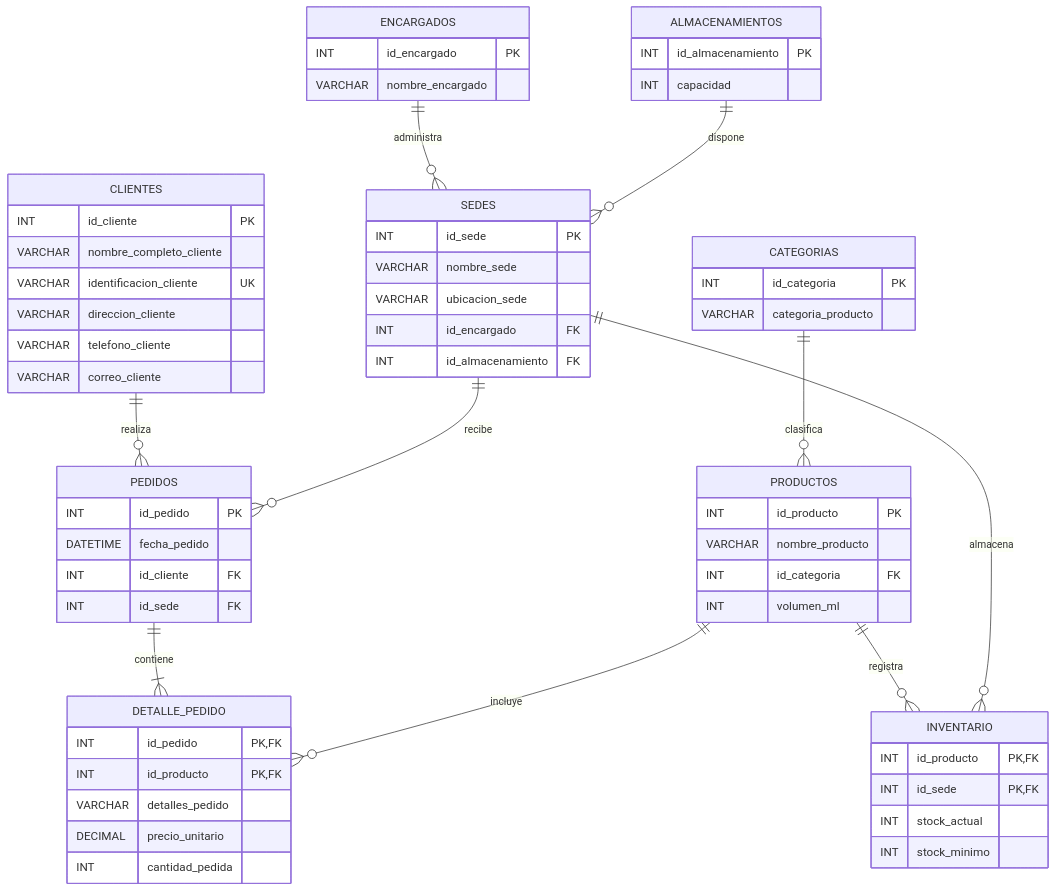
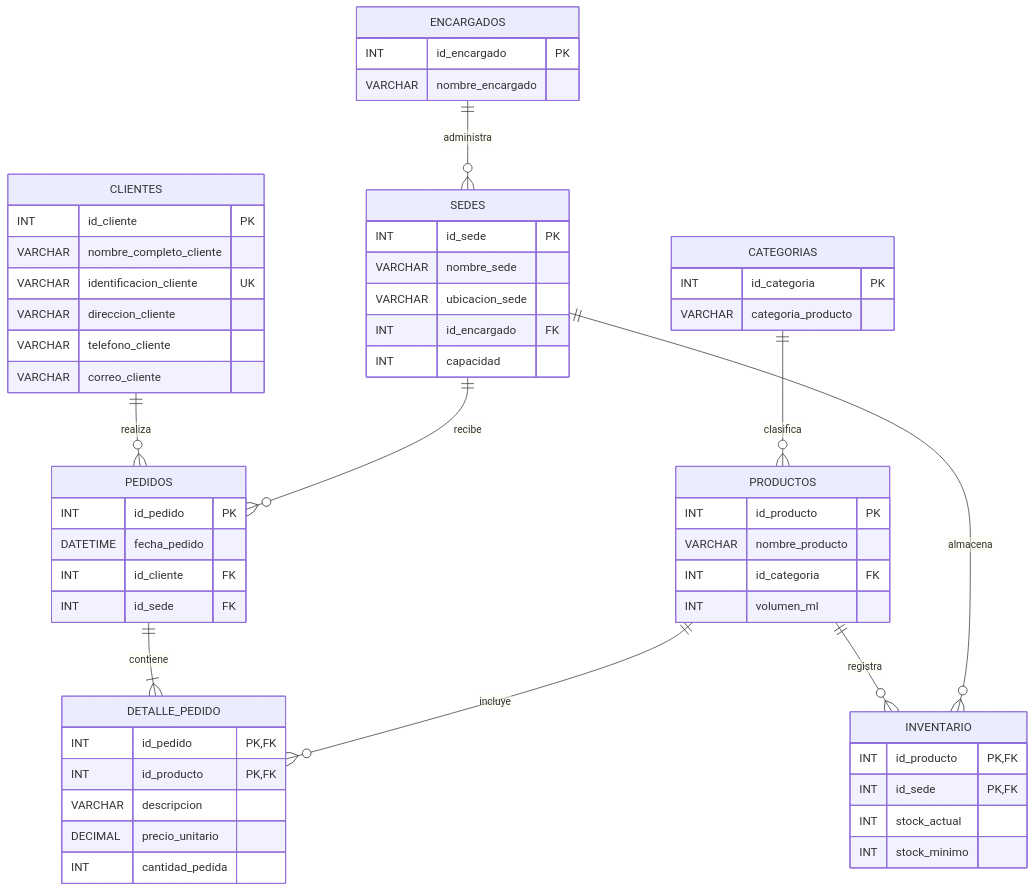
One commit to Velasco-c/distribuidora_gaseosas changed the diagram in evidence/entities.md. Above: the diagram before and after it, drawn with Mermaid. The commit also changed other lines of this file, not shown here.

````diff
--- a/evidence/entities.md
+++ b/evidence/entities.md
@@ -160,82 +150,75 @@
 ```mermaid
 erDiagram
 
     CLIENTES ||--o{ PEDIDOS : realiza
 
     SEDES ||--o{ PEDIDOS : recibe
 
     PEDIDOS ||--|{ DETALLE_PEDIDO : contiene
 
     PRODUCTOS ||--o{ DETALLE_PEDIDO : incluye
 
     CATEGORIAS ||--o{ PRODUCTOS : clasifica
 
     PRODUCTOS ||--o{ INVENTARIO : registra
 
     SEDES ||--o{ INVENTARIO : almacena
 
     ENCARGADOS ||--o{ SEDES : administra
-
-    ALMACENAMIENTOS ||--o{ SEDES : dispone
 
     CLIENTES {
         INT id_cliente PK
         VARCHAR nombre_completo_cliente
         VARCHAR identificacion_cliente UK
         VARCHAR direccion_cliente
         VARCHAR telefono_cliente
         VARCHAR correo_cliente
     }
 
     CATEGORIAS {
         INT id_categoria PK
         VARCHAR categoria_producto
     }
 
     PRODUCTOS {
         INT id_producto PK
         VARCHAR nombre_producto
         INT id_categoria FK
         INT volumen_ml
     }
 
     ENCARGADOS {
         INT id_encargado PK
         VARCHAR nombre_encargado
     }
 
-    ALMACENAMIENTOS {
-        INT id_almacenamiento PK
-        INT capacidad
-    }
-
     SEDES {
         INT id_sede PK
         VARCHAR nombre_sede
         VARCHAR ubicacion_sede
         INT id_encargado FK
-        INT id_almacenamiento FK
+        INT capacidad
     }
 
     INVENTARIO {
         INT id_producto PK, FK
         INT id_sede PK, FK
         INT stock_actual
         INT stock_minimo
     }
 
     PEDIDOS {
         INT id_pedido PK
         DATETIME fecha_pedido
         INT id_cliente FK
         INT id_sede FK
     }
 
     DETALLE_PEDIDO {
         INT id_pedido PK, FK
         INT id_producto PK, FK
-        VARCHAR detalles_pedido
+        VARCHAR descripcion
         DECIMAL precio_unitario
         INT cantidad_pedida
     }
 ```
````
